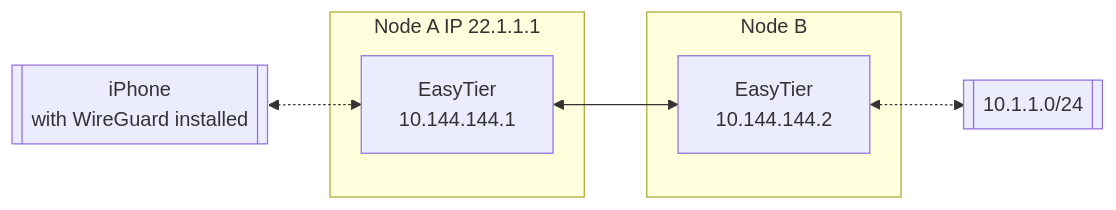
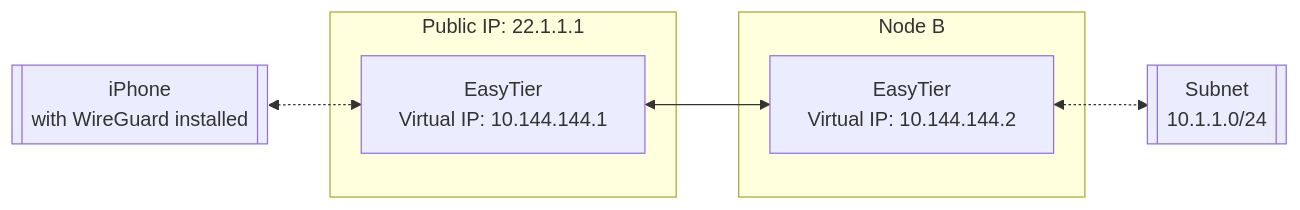
One commit to EasyTier/easytier.github.io changed the diagram in en/guide/network/use-easytier-with-wireguard-client.md. Above: the diagram before and after it, drawn with Mermaid. The commit also changed other lines of this file and 36 other files, not shown here.

````diff
--- a/en/guide/network/use-easytier-with-wireguard-client.md
+++ b/en/guide/network/use-easytier-with-wireguard-client.md
@@ -7,17 +9,16 @@
 ```mermaid
 flowchart LR
+ios[[iPhone<br/>with WireGuard installed]]
 
-ios[[iPhone </br> with WireGuard installed]]
-
-subgraph Node A IP 22.1.1.1
-nodea[EasyTier</br>10.144.144.1]
+subgraph Node A [Public IP: 22.1.1.1]
+  nodea[EasyTier<br/>Virtual IP: 10.144.144.1]
 end
 
 subgraph Node B
-nodeb[EasyTier</br>10.144.144.2]
+  nodeb[EasyTier<br/>Virtual IP: 10.144.144.2]
 end
 
-id1[[10.1.1.0/24]]
+id1[[Subnet<br/>10.1.1.0/24]]
 
 ios <-.-> nodea <--> nodeb <-.-> id1
 ```
````
